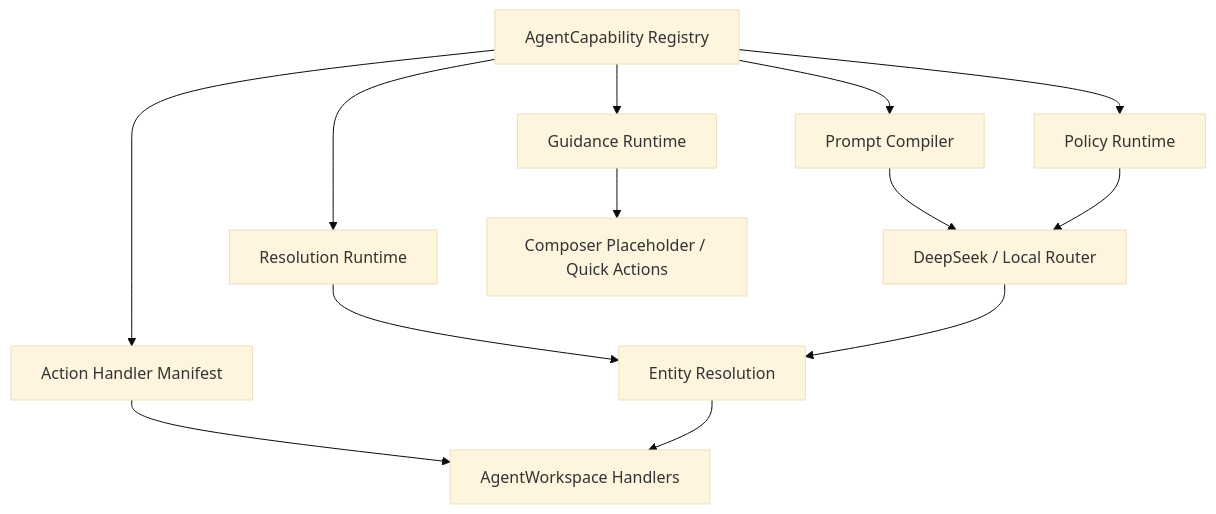
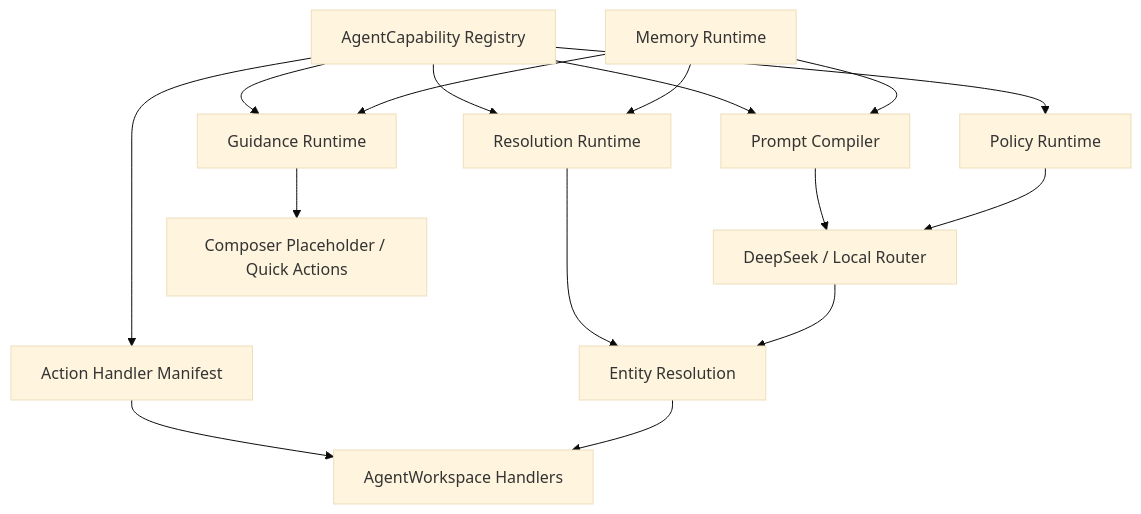
One commit to belindama8893-jpg/pislaka-agent changed the diagram in docs/agent-capability-architecture.zh-CN.md. Above: the diagram before and after it, drawn with Mermaid (base theme). The commit also changed other lines of this file and 5 other files, not shown here.

Commit message:
Add agent memory runtime

````diff
--- a/docs/agent-capability-architecture.zh-CN.md
+++ b/docs/agent-capability-architecture.zh-CN.md
@@ -43,17 +44,20 @@
 ```mermaid
 flowchart TD
   A["AgentCapability Registry"] --> B["Prompt Compiler"]
   A --> C["Guidance Runtime"]
   A --> D["Policy Runtime"]
   A --> E["Resolution Runtime"]
   A --> F["Action Handler Manifest"]
+  K["Memory Runtime"] --> B
+  K --> C
+  K --> E
 
   B --> G["DeepSeek / Local Router"]
   C --> H["Composer Placeholder / Quick Actions"]
   D --> G
   E --> I["Entity Resolution"]
   F --> J["AgentWorkspace Handlers"]
 
   G --> I
   I --> J
 ```
````
